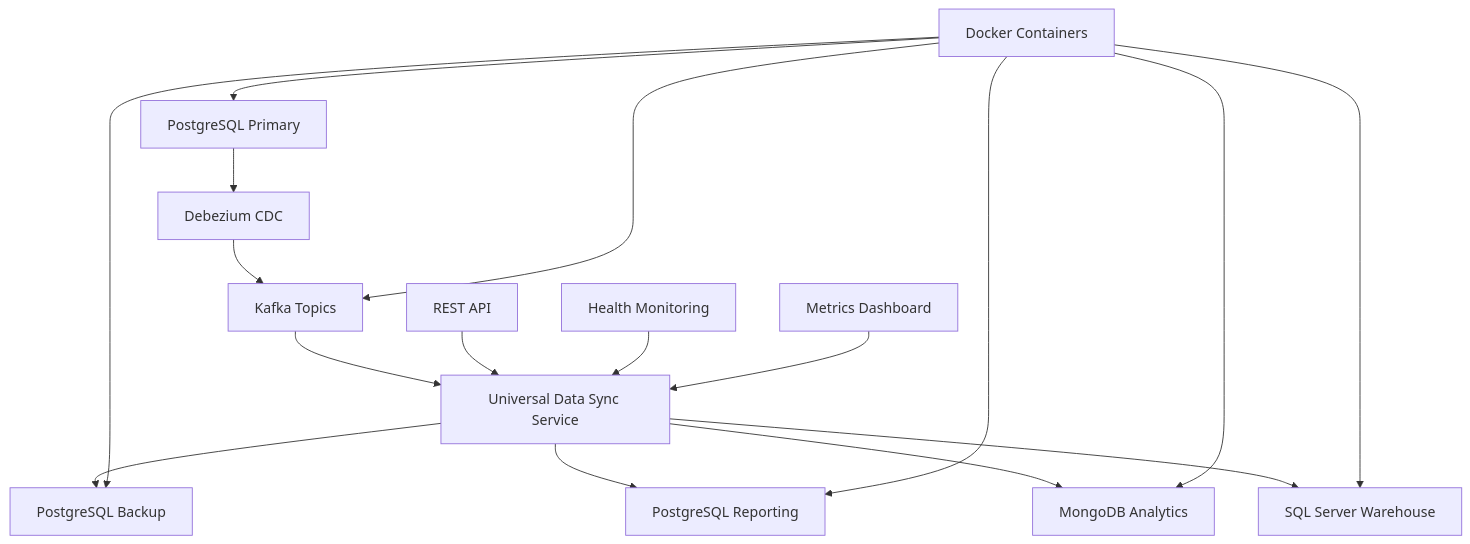
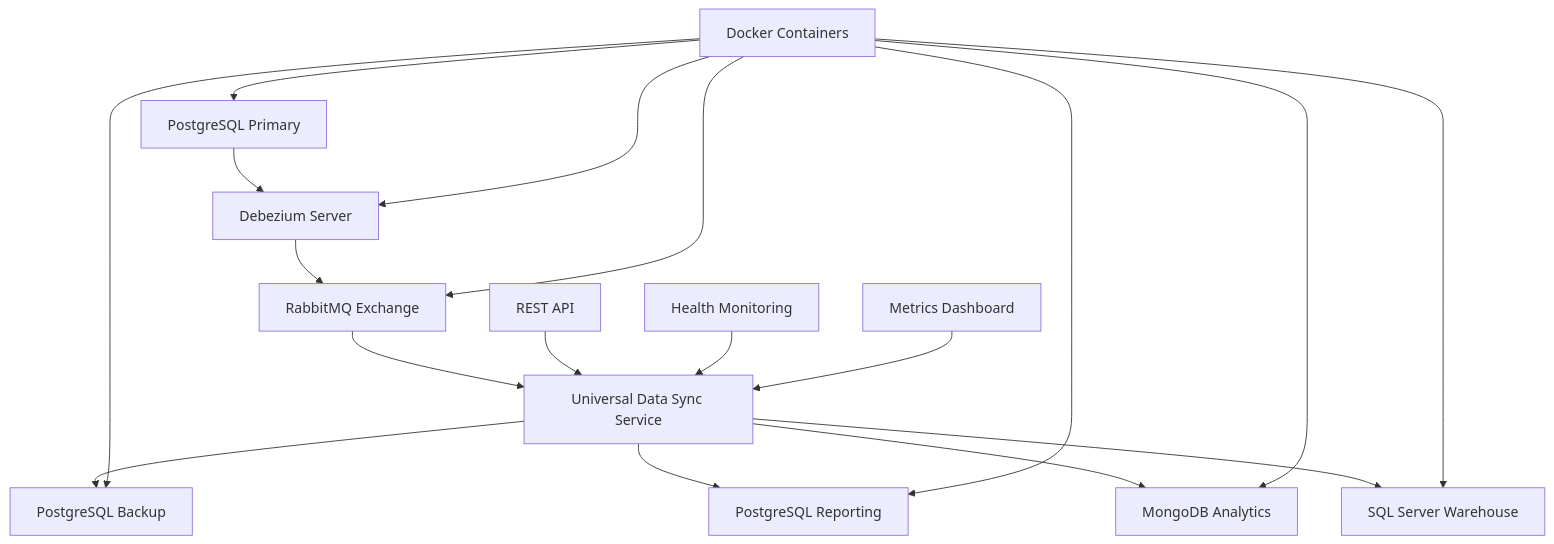
The diagram in DebeziumDemoApp/README.md (fangqiank/Stream-Postgres-WAL-Changes-Into-.NET-with-Npgsql), drawn with Mermaid before and after one commit. The commit also changed other lines of this file and 20 other files, not shown here.

````diff
--- a/DebeziumDemoApp/README.md
+++ b/DebeziumDemoApp/README.md
@@ -37,21 +37,22 @@
 ```mermaid
 graph TB
-    A[PostgreSQL Primary] --> B[Debezium CDC]
-    B --> C[Kafka Topics]
+    A[PostgreSQL Primary] --> B[Debezium Server]
+    B --> C[RabbitMQ Exchange]
     C --> D[Universal Data Sync Service]
     D --> E[PostgreSQL Backup]
     D --> F[PostgreSQL Reporting]
     D --> G[MongoDB Analytics]
     D --> H[SQL Server Warehouse]
 
     I[Docker Containers] --> A
+    I --> B
     I --> C
     I --> E
     I --> F
     I --> G
     I --> H
 
     J[REST API] --> D
     K[Health Monitoring] --> D
     L[Metrics Dashboard] --> D
 ```
````
